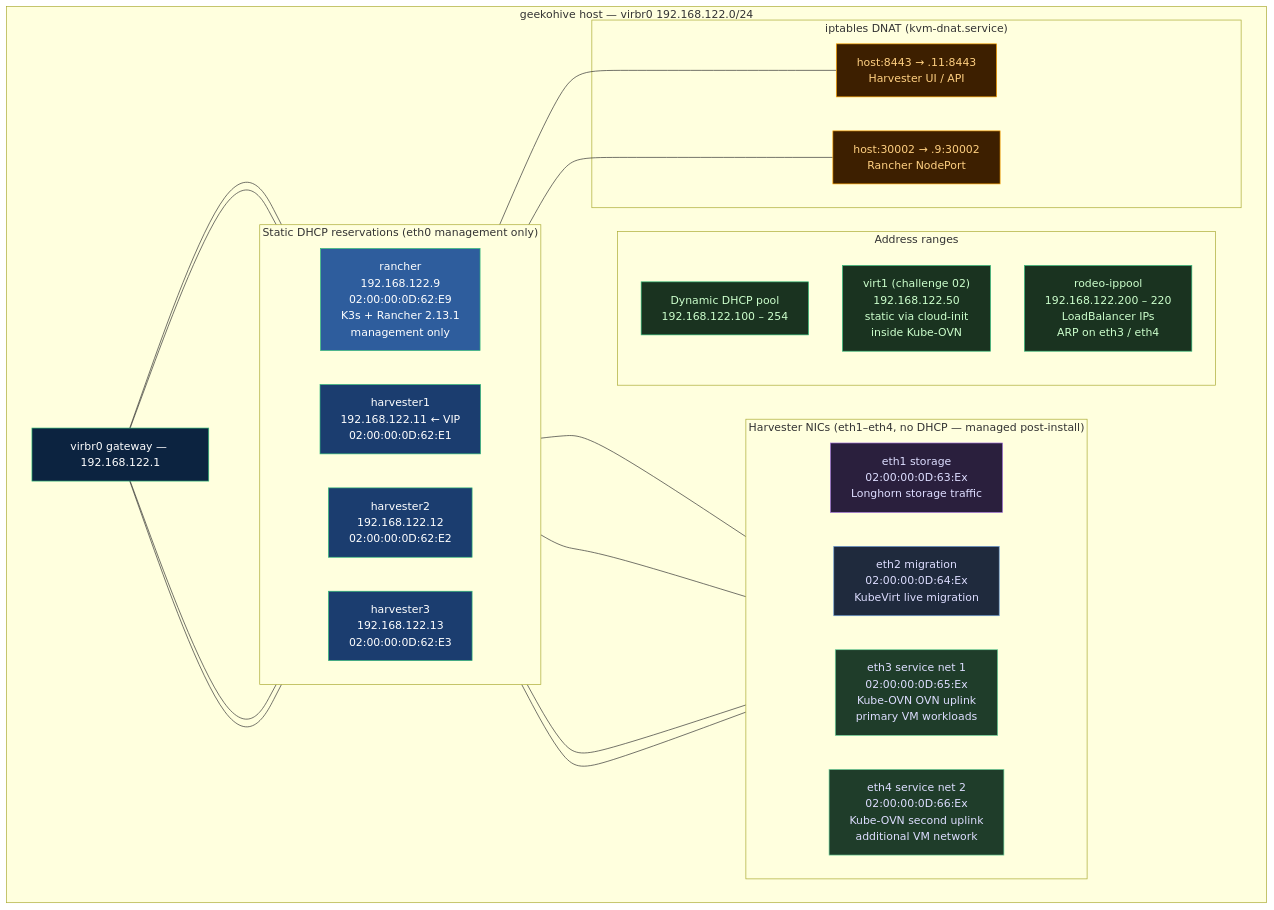
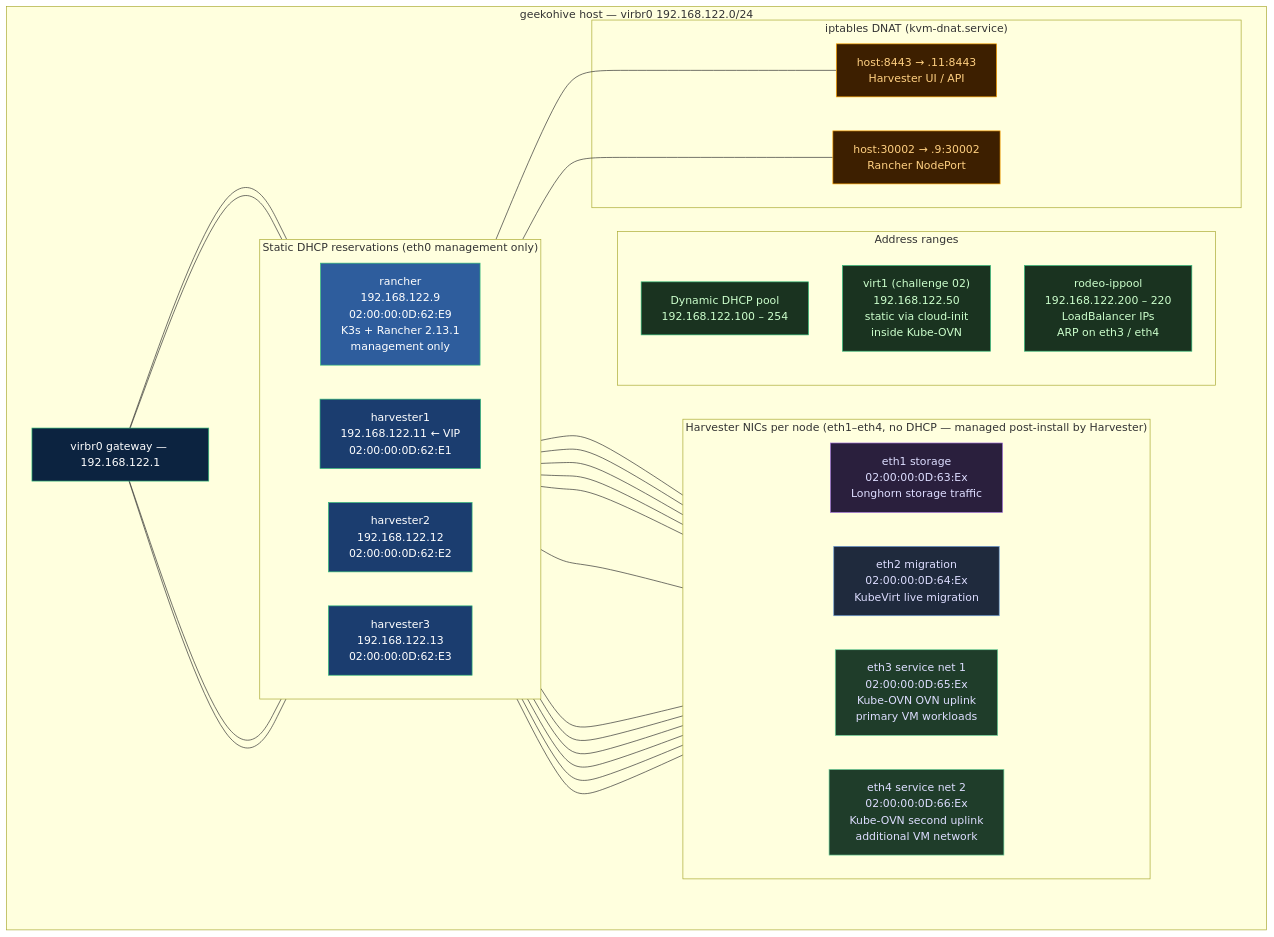
The diagram in assets/diagrams/network-topology.mmd (SUSE-Technical-Marketing/suse-virt-rodeo), drawn with Mermaid before and after one commit. The commit also changed 1 other file, not shown here.

Commit message:
fix: wire all 3 Harvester nodes to NIC detail in network-topology diagram

```diff
--- a/assets/diagrams/network-topology.mmd
+++ b/assets/diagrams/network-topology.mmd
@@ -1,55 +1,58 @@
 graph TB
     subgraph HOST["geekohive host — virbr0  192.168.122.0/24"]
 
         GW["virbr0 gateway — 192.168.122.1"]
 
         subgraph STATIC["Static DHCP reservations  (eth0 management only)"]
             direction LR
             R_VM["rancher\n192.168.122.9\n02:00:00:0D:62:E9\nK3s + Rancher 2.13.1\nmanagement only"]
             H1_VM["harvester1\n192.168.122.11  ← VIP\n02:00:00:0D:62:E1"]
             H2_VM["harvester2\n192.168.122.12\n02:00:00:0D:62:E2"]
             H3_VM["harvester3\n192.168.122.13\n02:00:00:0D:62:E3"]
         end
 
-        subgraph NICS["Harvester NICs  (eth1–eth4, no DHCP — managed post-install)"]
+        subgraph NICS["Harvester NICs per node  (eth1–eth4, no DHCP — managed post-install by Harvester)"]
             direction LR
             STOR["eth1  storage\n02:00:00:0D:63:Ex\nLonghorn storage traffic"]
             MIGR["eth2  migration\n02:00:00:0D:64:Ex\nKubeVirt live migration"]
             SVC1["eth3  service net 1\n02:00:00:0D:65:Ex\nKube-OVN OVN uplink\nprimary VM workloads"]
             SVC2["eth4  service net 2\n02:00:00:0D:66:Ex\nKube-OVN second uplink\nadditional VM network"]
         end
 
         subgraph RANGES["Address ranges"]
             POOL["Dynamic DHCP pool\n192.168.122.100 – 254"]
             GUEST["virt1  (challenge 02)\n192.168.122.50\nstatic via cloud-init\ninside Kube-OVN"]
             LB["rodeo-ippool\n192.168.122.200 – 220\nLoadBalancer IPs\nARP on eth3 / eth4"]
         end
 
         subgraph DNAT["iptables DNAT  (kvm-dnat.service)"]
             D1["host:8443  →  .11:8443\nHarvester UI / API"]
             D2["host:30002  →  .9:30002\nRancher NodePort"]
         end
     end
 
     GW --- H1_VM & H2_VM & H3_VM & R_VM
-    H1_VM --- STOR & MIGR & SVC1 & SVC2
+    H1_VM & H2_VM & H3_VM --- STOR
+    H1_VM & H2_VM & H3_VM --- MIGR
+    H1_VM & H2_VM & H3_VM --- SVC1
+    H1_VM & H2_VM & H3_VM --- SVC2
     H1_VM --- D1
     R_VM --- D2
 
     classDef harvester fill:#1B3D6F,stroke:#30BA78,color:#fff
     classDef rancher fill:#2E5D9D,stroke:#30BA78,color:#fff
     classDef dnat fill:#3D1F00,stroke:#FFA500,color:#FFD080
     classDef range fill:#1A3320,stroke:#30BA78,color:#cfc
     classDef storage fill:#2A1F3D,stroke:#9B6BD4,color:#ddf
     classDef migration fill:#1F2A3D,stroke:#6B9BD4,color:#ddf
     classDef service fill:#1F3D2A,stroke:#6BD49B,color:#ddf
     classDef gw fill:#0C2340,stroke:#30BA78,color:#fff
 
     class H1_VM,H2_VM,H3_VM harvester
     class R_VM rancher
     class D1,D2 dnat
     class POOL,GUEST,LB range
     class STOR storage
     class MIGR migration
     class SVC1,SVC2 service
     class GW gw
```
